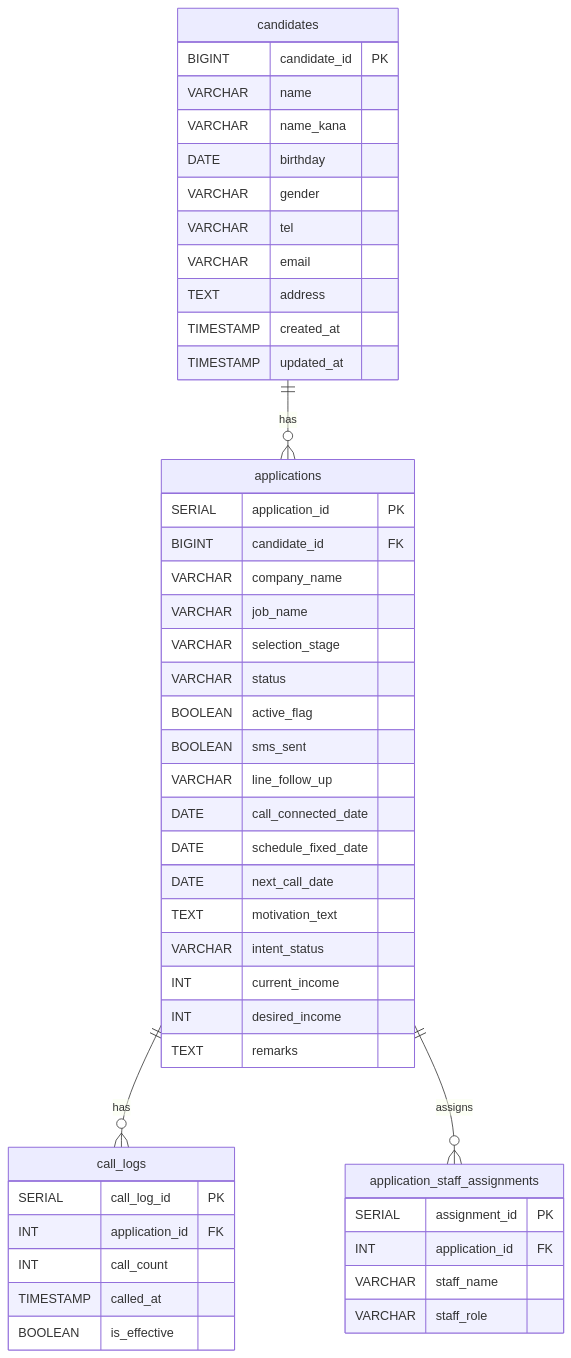
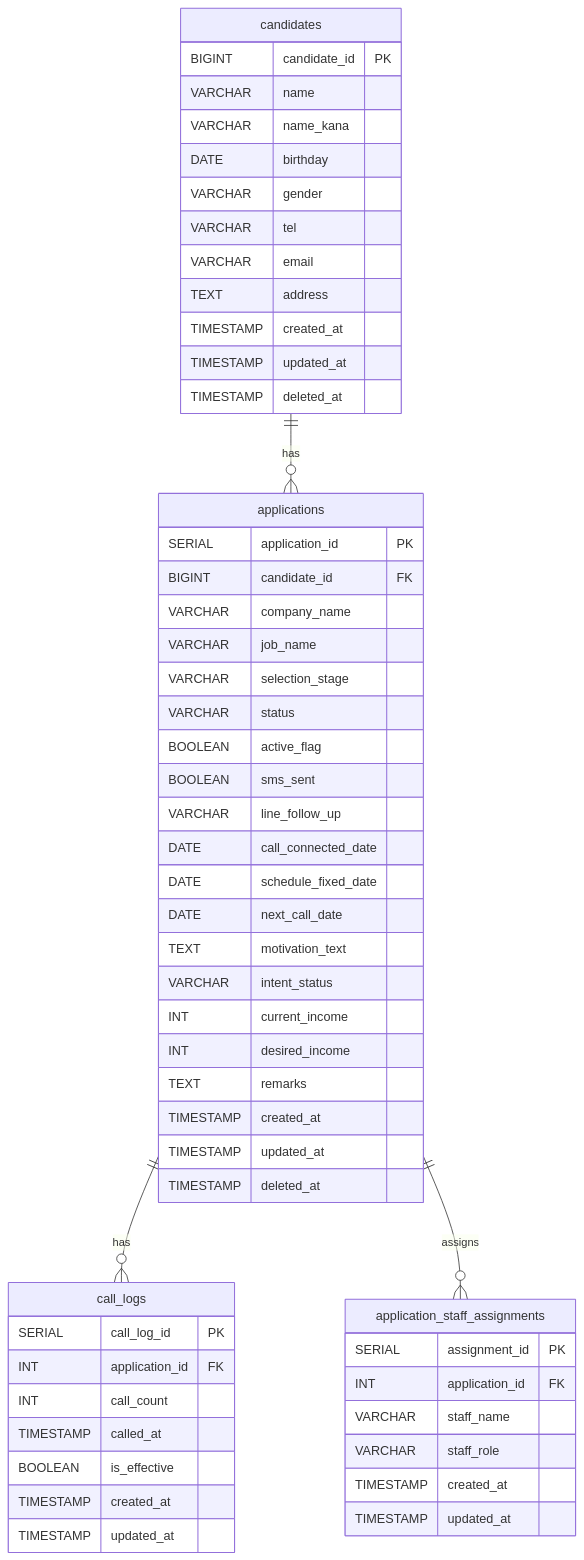
Before and after one commit to teraikosuke/AI-: the first of 2 diagrams in docs/kintone_aurora_db_design.md, drawn with Mermaid. The commit also changed other lines of this file and 1 other file, not shown here.

Commit message:
データベース設計図：更新

````diff
--- a/docs/kintone_aurora_db_design.md
+++ b/docs/kintone_aurora_db_design.md
@@ -5,54 +14,62 @@
 ```mermaid
 erDiagram
     candidates ||--o{ applications : has
     applications ||--o{ call_logs : has
     applications ||--o{ application_staff_assignments : assigns
 
     candidates {
         BIGINT candidate_id PK
         VARCHAR name
         VARCHAR name_kana
         DATE birthday
         VARCHAR gender
         VARCHAR tel
         VARCHAR email
         TEXT address
         TIMESTAMP created_at
         TIMESTAMP updated_at
+        TIMESTAMP deleted_at
     }
 
     applications {
         SERIAL application_id PK
         BIGINT candidate_id FK
         VARCHAR company_name
         VARCHAR job_name
         VARCHAR selection_stage
         VARCHAR status
         BOOLEAN active_flag
         BOOLEAN sms_sent
         VARCHAR line_follow_up
         DATE call_connected_date
         DATE schedule_fixed_date
         DATE next_call_date
         TEXT motivation_text
         VARCHAR intent_status
         INT current_income
         INT desired_income
         TEXT remarks
+        TIMESTAMP created_at
+        TIMESTAMP updated_at
+        TIMESTAMP deleted_at
     }
 
     call_logs {
         SERIAL call_log_id PK
         INT application_id FK
         INT call_count
         TIMESTAMP called_at
         BOOLEAN is_effective
+        TIMESTAMP created_at
+        TIMESTAMP updated_at
     }
 
     application_staff_assignments {
         SERIAL assignment_id PK
         INT application_id FK
         VARCHAR staff_name
         VARCHAR staff_role
+        TIMESTAMP created_at
+        TIMESTAMP updated_at
     }
 ```
````
